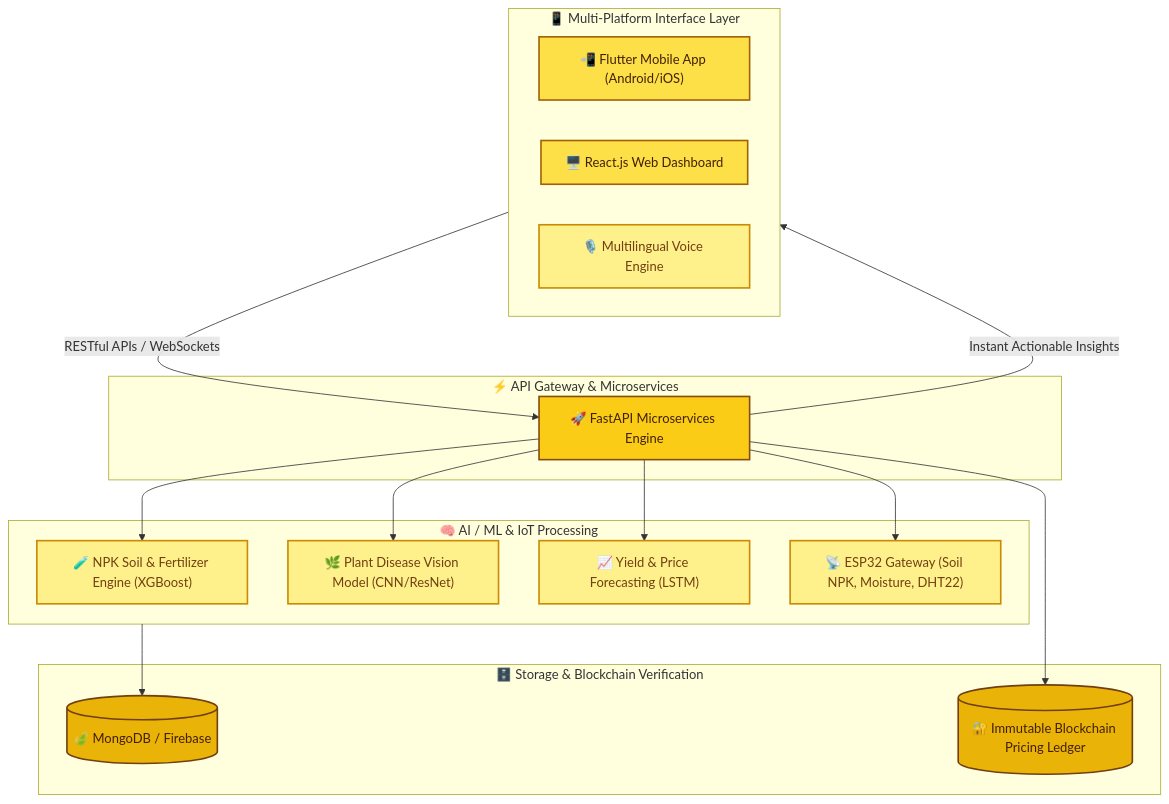
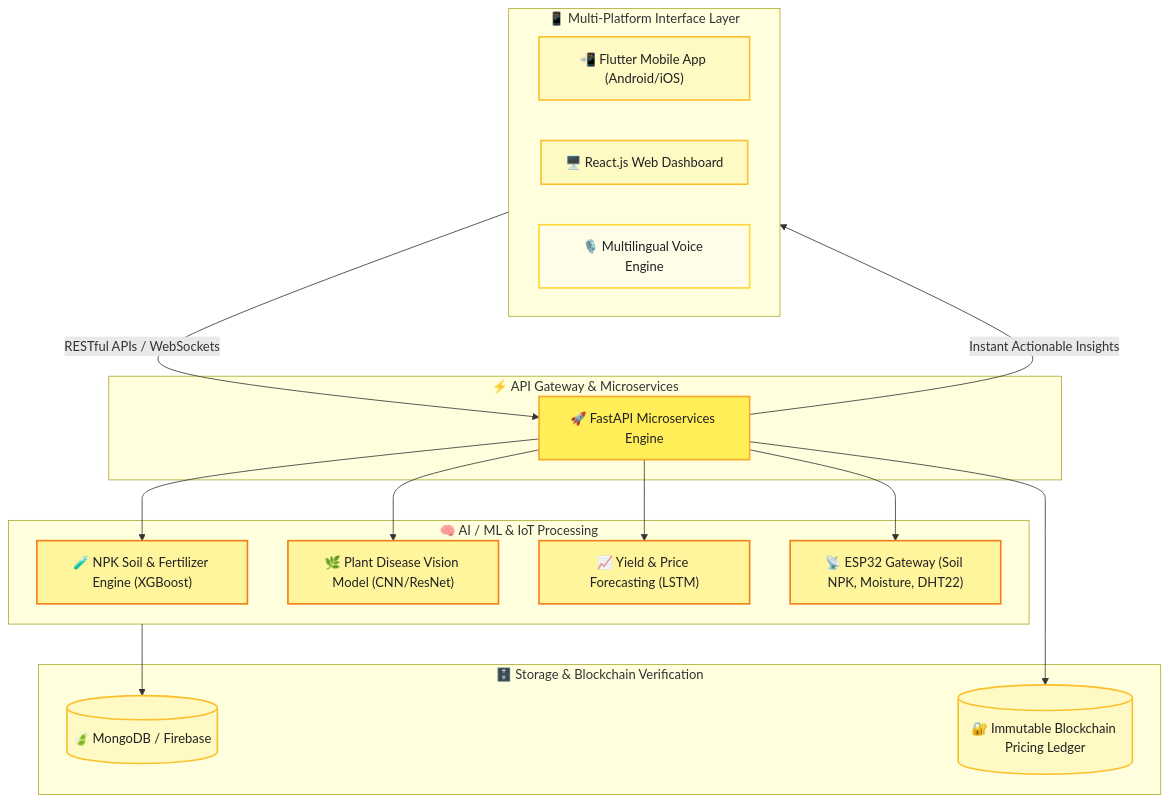
The diagram in Readme.md (DarshanaMandal/KrishiAI), drawn with Mermaid before and after one commit. The commit also changed other lines of this file, not shown here.

````diff
--- a/Readme.md
+++ b/Readme.md
@@ -116,35 +110,35 @@
 ```mermaid
 flowchart TD
-    classDef yellow fill:#FEF08A,stroke:#CA8A04,stroke-width:2px,color:#713F12;
-    classDef gold fill:#FDE047,stroke:#A16207,stroke-width:2px,color:#422006;
-    classDef amber fill:#FACC15,stroke:#854D0E,stroke-width:2px,color:#422006;
-    classDef deepAmber fill:#EAB308,stroke:#713F12,stroke-width:2px,color:#422006;
+    classDef lemon fill:#FFFDE7,stroke:#FDD835,stroke-width:2px,color:#212121;
+    classDef butter fill:#FFF9C4,stroke:#FBC02D,stroke-width:2px,color:#212121;
+    classDef yellow fill:#FFF59D,stroke:#F57F17,stroke-width:2px,color:#212121;
+    classDef gold fill:#FFEE58,stroke:#F9A825,stroke-width:2px,color:#212121;
 
     subgraph ClientLayer["📱 Multi-Platform Interface Layer"]
-        MobileApp["📲 Flutter Mobile App (Android/iOS)"]:::gold
-        WebPortal["🖥️ React.js Web Dashboard"]:::gold
-        VoiceAssistant["🎙️ Multilingual Voice Engine"]:::yellow
+        MobileApp["📲 Flutter Mobile App (Android/iOS)"]:::butter
+        WebPortal["🖥️ React.js Web Dashboard"]:::butter
+        VoiceAssistant["🎙️ Multilingual Voice Engine"]:::lemon
     end
 
     subgraph GatewayLayer["⚡ API Gateway & Microservices"]
-        FastAPI["🚀 FastAPI Microservices Engine"]:::amber
+        FastAPI["🚀 FastAPI Microservices Engine"]:::gold
     end
 
     subgraph IntelligenceLayer["🧠 AI / ML & IoT Processing"]
         NPKEngine["🧪 NPK Soil & Fertilizer Engine (XGBoost)"]:::yellow
         CropHealth["🌿 Plant Disease Vision Model (CNN/ResNet)"]:::yellow
         YieldPredictor["📈 Yield & Price Forecasting (LSTM)"]:::yellow
         IoTGateway["📡 ESP32 Gateway (Soil NPK, Moisture, DHT22)"]:::yellow
     end
 
     subgraph TrustAndStorage["🗄️ Storage & Blockchain Verification"]
-        MongoDB[("🍃 MongoDB / Firebase")]:::deepAmber
-        Blockchain[("🔐 Immutable Blockchain Pricing Ledger")]:::deepAmber
+        MongoDB[("🍃 MongoDB / Firebase")]:::butter
+        Blockchain[("🔐 Immutable Blockchain Pricing Ledger")]:::butter
     end
 
     ClientLayer -->|RESTful APIs / WebSockets| FastAPI
     FastAPI --> NPKEngine & CropHealth & YieldPredictor & IoTGateway
     IntelligenceLayer --> MongoDB
     FastAPI --> Blockchain
     FastAPI -->|Instant Actionable Insights| ClientLayer
 ```
````
